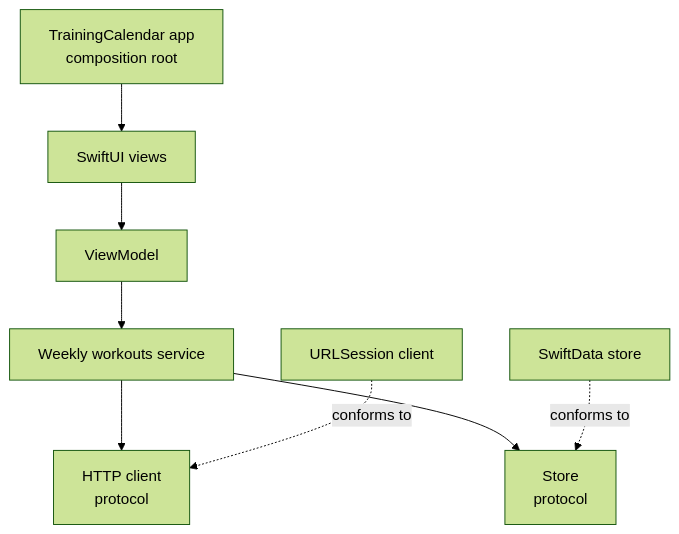
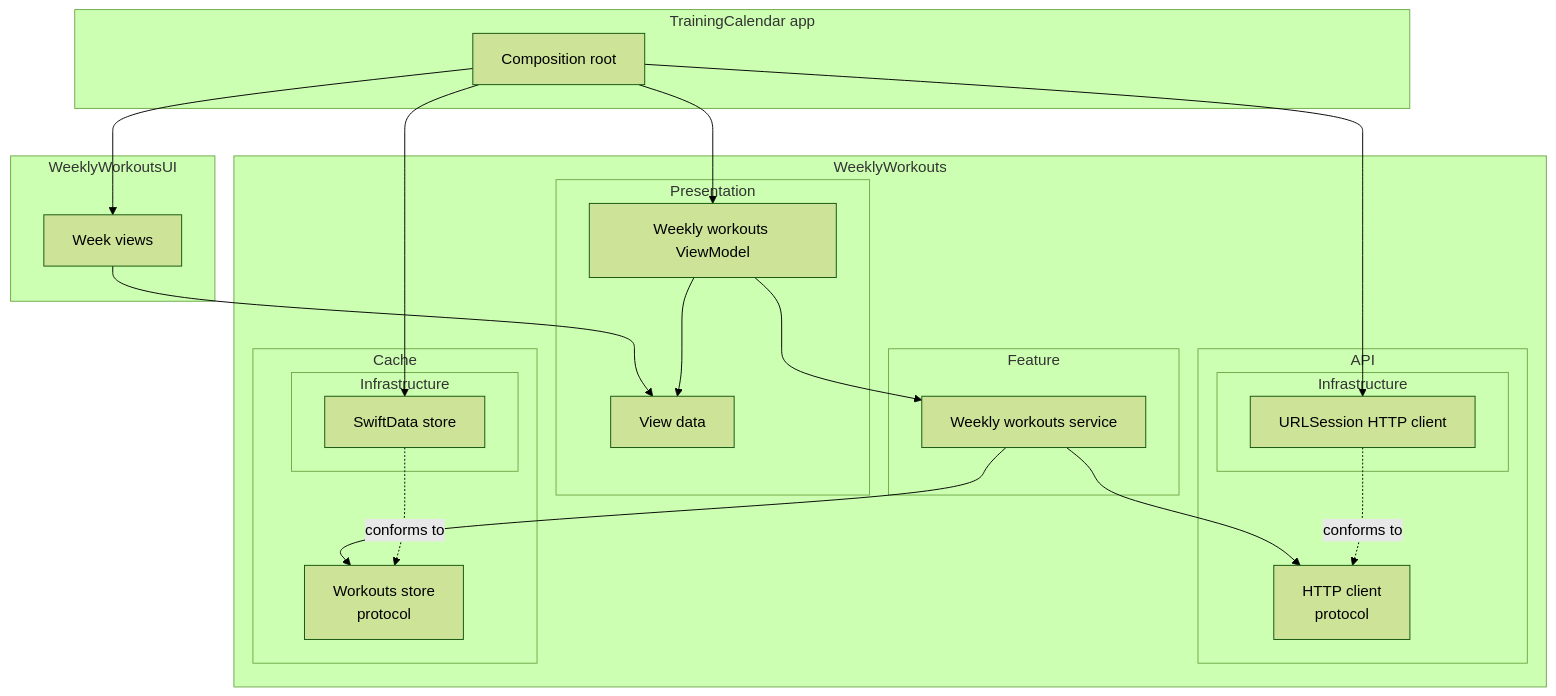
The second of 2 diagrams in README.md (tringuyen623/training-calendar), drawn with Mermaid (forest theme) before and after one commit. The commit also changed other lines of this file, not shown here.

Commit message:
Show the modules and capability groups in the architecture diagram, with one key component each

````diff
--- a/README.md
+++ b/README.md
@@ -378,10 +378,44 @@
 ```mermaid
 graph TD
-    App["TrainingCalendar app<br/>composition root"] --> UI["SwiftUI views"]
-    UI --> ViewModel["ViewModel"]
-    ViewModel --> Service["Weekly workouts service"]
-    Service --> Client["HTTP client<br/>protocol"]
-    Service --> Store["Store<br/>protocol"]
-    URLSession["URLSession client"] -. conforms to .-> Client
-    SwiftData["SwiftData store"] -. conforms to .-> Store
+    subgraph AppModule["TrainingCalendar app"]
+        Composer["Composition root"]
+    end
+
+    subgraph UIModule["WeeklyWorkoutsUI"]
+        Views["Week views"]
+    end
+
+    subgraph Package["WeeklyWorkouts"]
+        subgraph Presentation["Presentation"]
+            ViewModel["Weekly workouts ViewModel"]
+            ViewData["View data"]
+        end
+        subgraph Feature["Feature"]
+            Service["Weekly workouts service"]
+        end
+        subgraph API["API"]
+            Client["HTTP client<br/>protocol"]
+            subgraph APIInfra["Infrastructure"]
+                URLSession["URLSession HTTP client"]
+            end
+        end
+        subgraph Cache["Cache"]
+            Store["Workouts store<br/>protocol"]
+            subgraph CacheInfra["Infrastructure"]
+                SwiftData["SwiftData store"]
+            end
+        end
+    end
+
+    Composer --> Views
+    Composer --> ViewModel
+    Composer --> URLSession
+    Composer --> SwiftData
+    Views --> ViewData
+    ViewModel --> ViewData
+    ViewModel --> Service
+    Service --> Client
+    Service --> Store
+    URLSession -. conforms to .-> Client
+    SwiftData -. conforms to .-> Store
 ```
````
